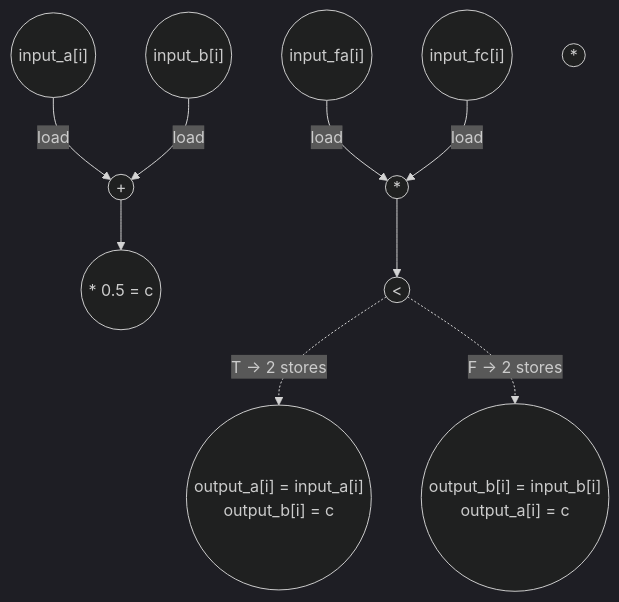
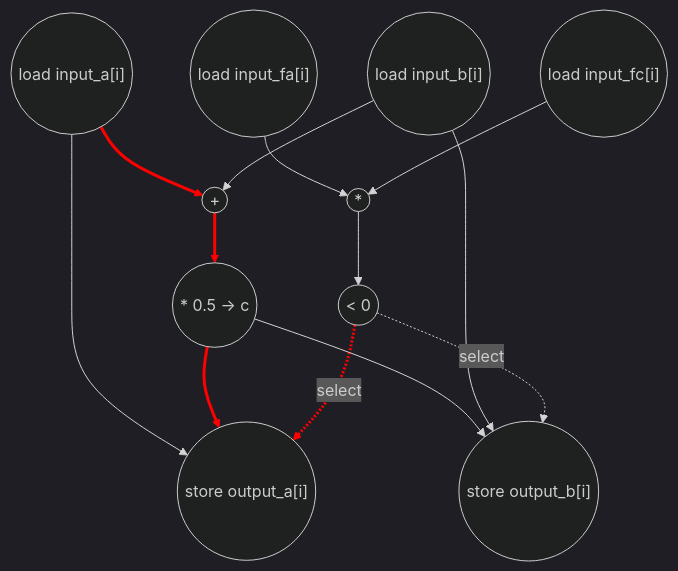
One commit to PolyArch/loom changed the diagram in tests/app/bisection_step/bisection_step_eval.md. Above: the diagram before and after it, drawn with Mermaid (dark theme). The commit also changed other lines of this file and 1 other file, not shown here.

````diff
--- a/tests/app/bisection_step/bisection_step_eval.md
+++ b/tests/app/bisection_step/bisection_step_eval.md
@@ -15,35 +62,41 @@
 ```mermaid
 graph TD
-    %% Define the input nodes
-    inputa(("input_a[i]"))
-    inputb(("input_b[i]"))
-    inputfa(("input_fa[i]"))
-    inputfc(("input_fc[i]"))
+    %% Inputs (addr-gen at cycle 1 is collapsed under unroll; the load itself is cycle 2)
+    load_a(("load input_a[i]"))
+    load_b(("load input_b[i]"))
+    load_fa(("load input_fa[i]"))
+    load_fc(("load input_fc[i]"))
 
-    %% Define the computation nodes
-    mult((" * "))
-    add1((" + "))
-    mult1((" * 0.5 = c"))
-    mult2((" * "))
-    cmp_lt((" < "))
-    
-    %% Define the final output
-    output1(("output_a[i] = input_a[i]<br>output_b[i] = c"))
-    output2(("output_b[i] = input_b[i]<br>output_a[i] = c"))
+    %% Arithmetic
+    add((" + "))
+    mul_c((" * 0.5 → c "))
+    mul_p((" * "))
+    cmp_lt((" < 0 "))
 
-    %% Calculating c
-    inputa -->|load| add1
-    inputb -->|load| add1
-    add1 --> mult1
+    %% Stores (value selected by cmp_lt)
+    sto_a(("store output_a[i]"))
+    sto_b(("store output_b[i]"))
 
-    %% Comparison
-    inputfa -->|load| mult2
-    inputfc -->|load| mult2
-    mult2 --> cmp_lt
-    cmp_lt-.T -> 2 stores.-> output1
-    cmp_lt-.F -> 2 stores.-> output2
+    %% c = (a + b) * 0.5
+    load_a --> add
+    load_b --> add
+    add --> mul_c
 
-    %% Accumulator dependency
+    %% predicate = fa * fc < 0
+    load_fa --> mul_p
+    load_fc --> mul_p
+    mul_p --> cmp_lt
 
-    %% Critical Path N/A
+    %% Output selection: cmp_lt = T → output_a=a, output_b=c
+    %%                  cmp_lt = F → output_a=c, output_b=b
+    load_a --> sto_a
+    mul_c  --> sto_a
+    cmp_lt -. select .-> sto_a
+
+    mul_c  --> sto_b
+    load_b --> sto_b
+    cmp_lt -. select .-> sto_b
+
+    %% Critical path: load_a → add → mul_c → sto_a  (5-cycle body: addr-gen → load → add → mul → store)
+    linkStyle 0,2,7,8 stroke:#ff0000,stroke-width:3px;
 ```
````
